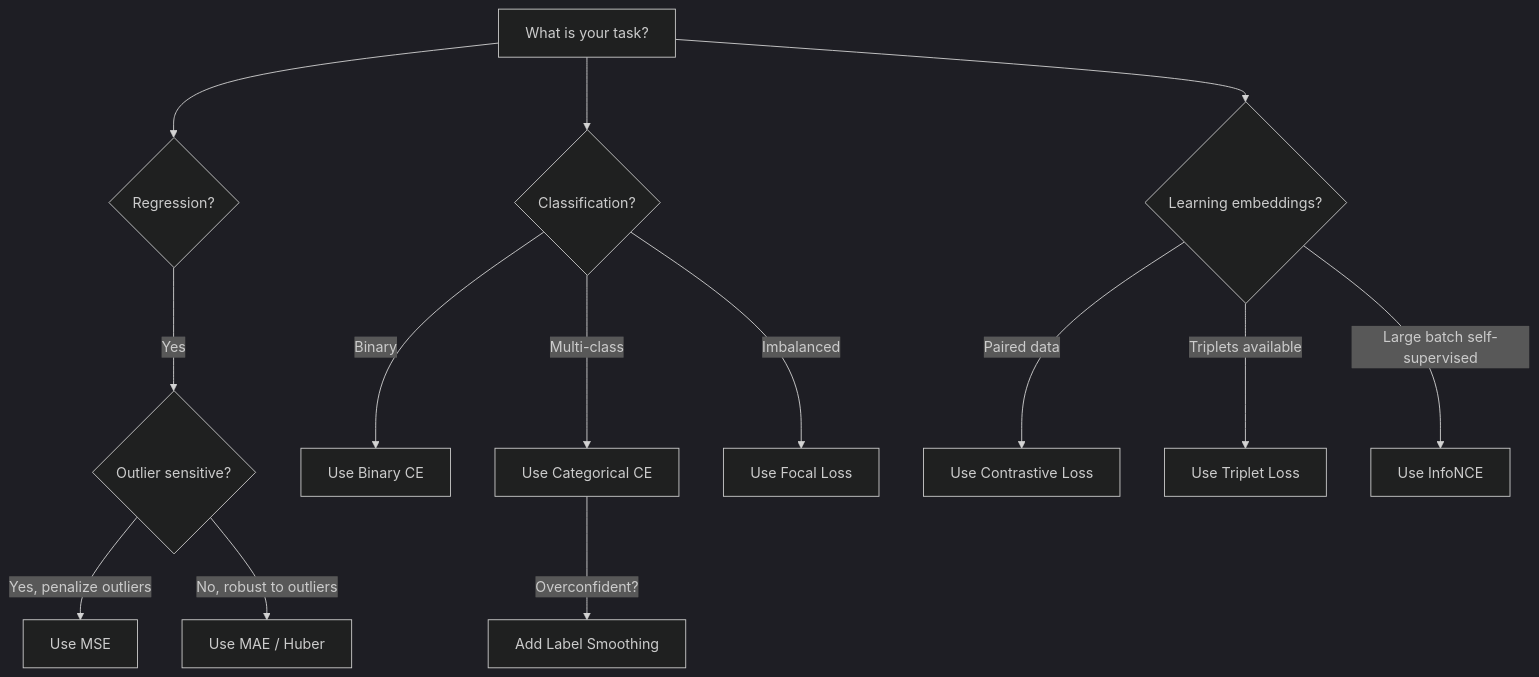
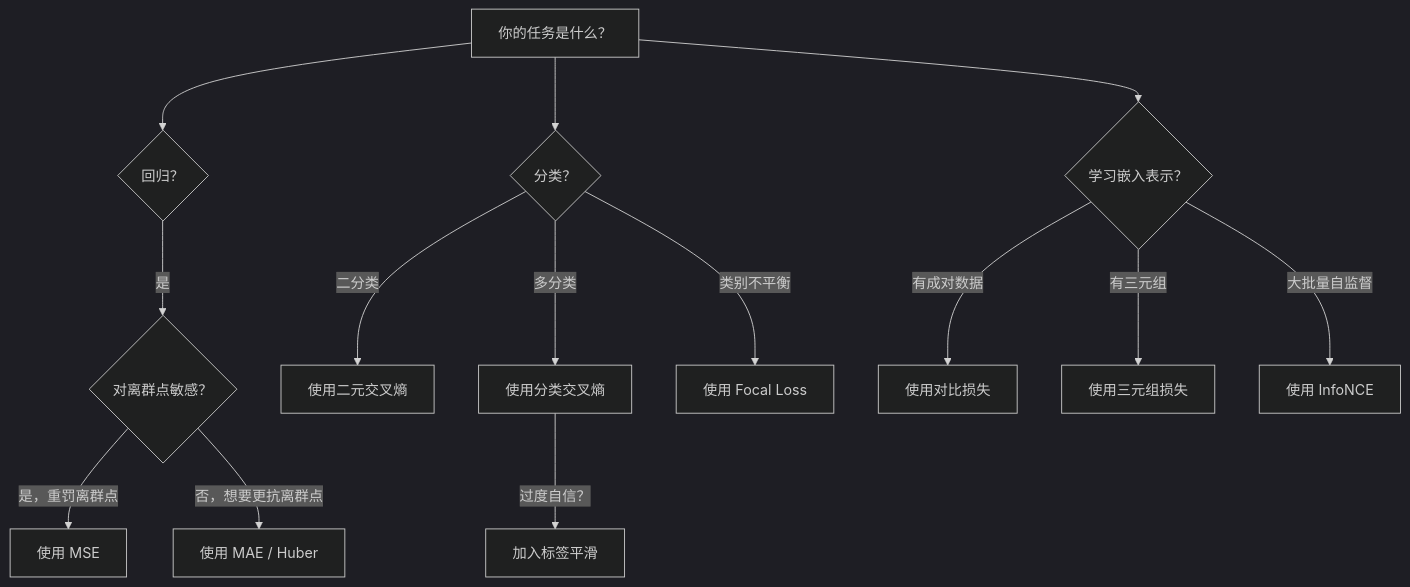
Before and after one commit to omigaZen/ai-engineering-from-scratch: the second of 3 diagrams in phases/03-deep-learning-core/05-loss-functions/docs/zh.md, drawn with Mermaid (dark theme). The commit also changed other lines of this file, not shown here.

Commit message:
feat(phase-03/05): polish loss functions text

````diff
--- a/phases/03-deep-learning-core/05-loss-functions/docs/zh.md
+++ b/phases/03-deep-learning-core/05-loss-functions/docs/zh.md
@@ -156,19 +156,19 @@
 ```mermaid
 flowchart TD
-    Start["What is your task?"] --> Reg{"Regression?"}
-    Start --> Cls{"Classification?"}
-    Start --> Emb{"Learning embeddings?"}
+    Start["你的任务是什么？"] --> Reg{"回归？"}
+    Start --> Cls{"分类？"}
+    Start --> Emb{"学习嵌入表示？"}
 
-    Reg -->|"Yes"| Outliers{"Outlier sensitive?"}
-    Outliers -->|"Yes, penalize outliers"| MSE["Use MSE"]
-    Outliers -->|"No, robust to outliers"| MAE["Use MAE / Huber"]
+    Reg -->|"是"| Outliers{"对离群点敏感？"}
+    Outliers -->|"是，重罚离群点"| MSE["使用 MSE"]
+    Outliers -->|"否，想要更抗离群点"| MAE["使用 MAE / Huber"]
 
-    Cls -->|"Binary"| BCE["Use Binary CE"]
-    Cls -->|"Multi-class"| CCE["Use Categorical CE"]
-    Cls -->|"Imbalanced"| FL["Use Focal Loss"]
-    CCE -->|"Overconfident?"| LS["Add Label Smoothing"]
+    Cls -->|"二分类"| BCE["使用二元交叉熵"]
+    Cls -->|"多分类"| CCE["使用分类交叉熵"]
+    Cls -->|"类别不平衡"| FL["使用 Focal Loss"]
+    CCE -->|"过度自信？"| LS["加入标签平滑"]
 
-    Emb -->|"Paired data"| CL["Use Contrastive Loss"]
-    Emb -->|"Triplets available"| TL["Use Triplet Loss"]
-    Emb -->|"Large batch self-supervised"| NCE["Use InfoNCE"]
+    Emb -->|"有成对数据"| CL["使用对比损失"]
+    Emb -->|"有三元组"| TL["使用三元组损失"]
+    Emb -->|"大批量自监督"| NCE["使用 InfoNCE"]
 ```
````
